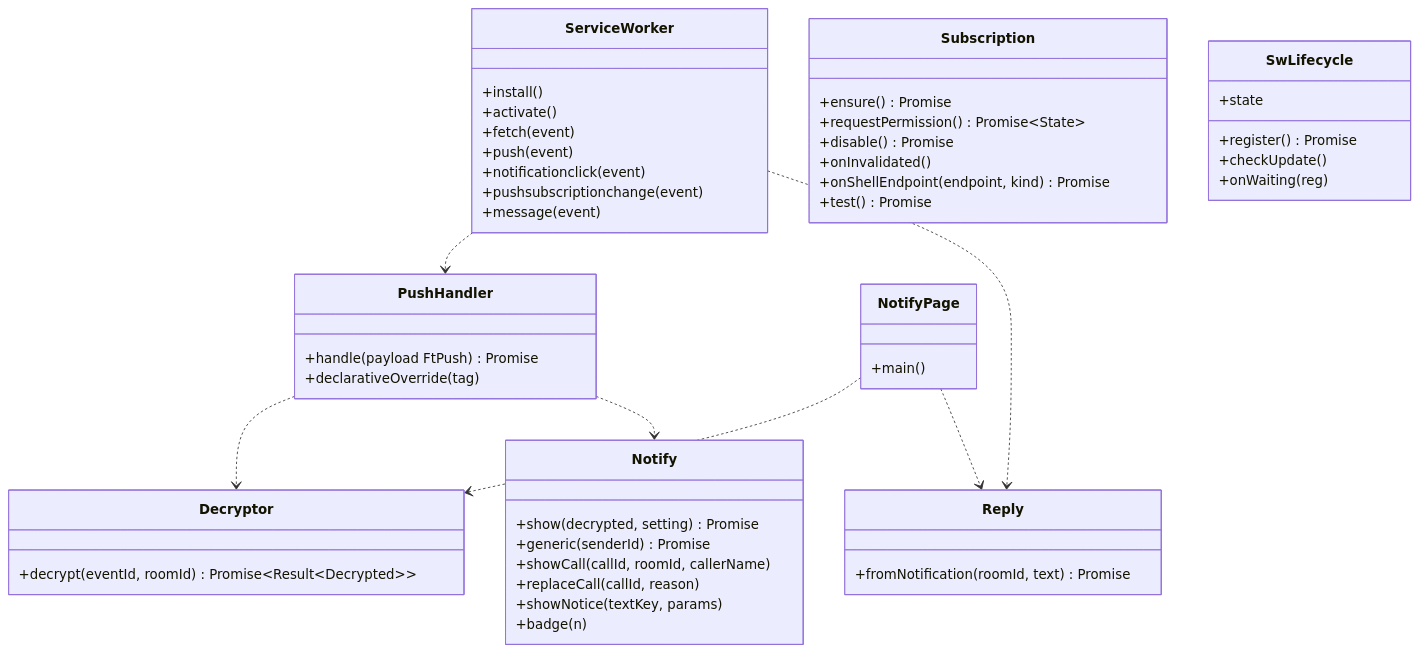
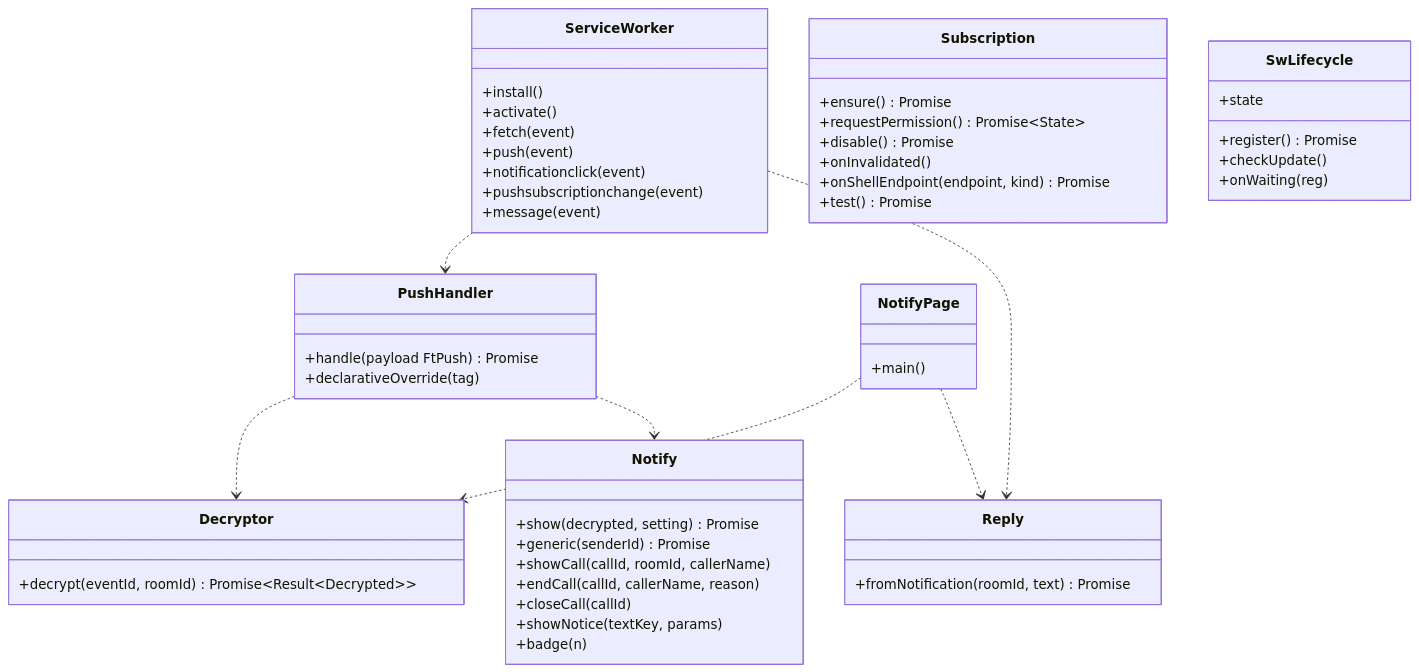
Before and after one commit to nrsd-ishikawasou/family-talk-pwa: the diagram in dev/docs/jp/ブロック/web-push.md, drawn with Mermaid. The commit also changed other lines of this file and 165 other files, not shown here.

````diff
--- a/dev/docs/jp/ブロック/web-push.md
+++ b/dev/docs/jp/ブロック/web-push.md
@@ -40,53 +40,54 @@
 ```mermaid
 classDiagram
   class ServiceWorker {
     +install()
     +activate()
     +fetch(event)
     +push(event)
     +notificationclick(event)
     +pushsubscriptionchange(event)
     +message(event)
   }
   class PushHandler {
     +handle(payload FtPush) Promise
     +declarativeOverride(tag)
   }
   class Decryptor {
     +decrypt(eventId, roomId) Promise~Result~Decrypted~~
   }
   class Notify {
     +show(decrypted, setting) Promise
     +generic(senderId) Promise
     +showCall(callId, roomId, callerName)
-    +replaceCall(callId, reason)
+    +endCall(callId, callerName, reason)
+    +closeCall(callId)
     +showNotice(textKey, params)
     +badge(n)
   }
   class Subscription {
     +ensure() Promise
     +requestPermission() Promise~State~
     +disable() Promise
     +onInvalidated()
     +onShellEndpoint(endpoint, kind) Promise
     +test() Promise
   }
   class Reply {
     +fromNotification(roomId, text) Promise
   }
   class NotifyPage {
     +main()
   }
   class SwLifecycle {
     +register() Promise
     +checkUpdate()
     +onWaiting(reg)
     +state
   }
   ServiceWorker ..> PushHandler
   PushHandler ..> Decryptor
   PushHandler ..> Notify
   ServiceWorker ..> Reply
   NotifyPage ..> Decryptor
   NotifyPage ..> Reply
 ```
````
